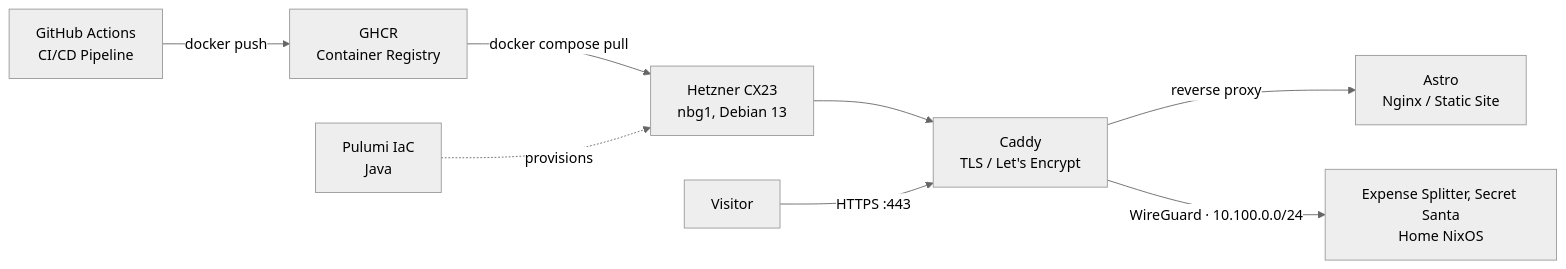
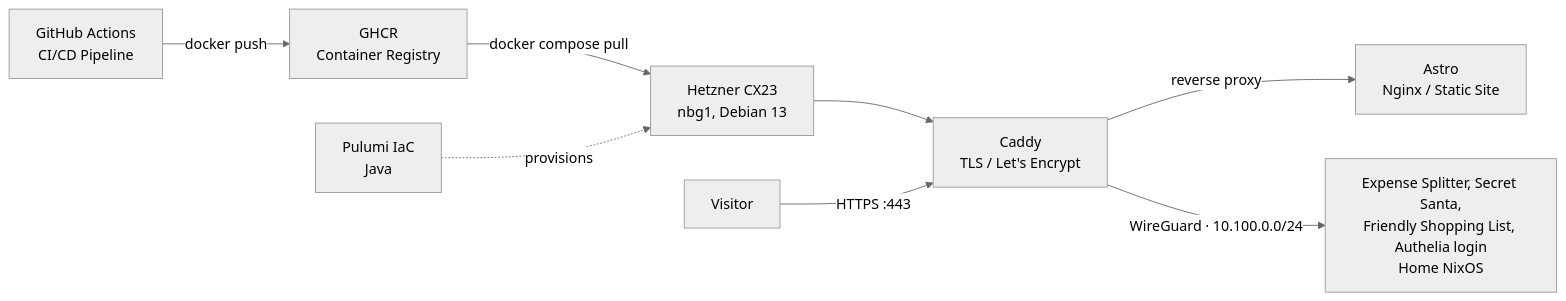
One commit to trettstadt/trettstadt-website changed the diagram in README.md. Above: the diagram before and after it, drawn with Mermaid (neutral theme). The commit also changed other lines of this file and 2 other files, not shown here.

First line of the commit message:
Add Friendly Shopping List and the Authelia login to the IPv4 gateway

````diff
--- a/README.md
+++ b/README.md
@@ -7,10 +7,10 @@
 ```mermaid
 flowchart LR
     gh[GitHub Actions\nCI/CD Pipeline] -->|docker push| ghcr[GHCR\nContainer Registry]
     ghcr -->|docker compose pull| hetzner[Hetzner CX23\nnbg1, Debian 13]
     pulumi[Pulumi IaC\nJava] -.->|provisions| hetzner
     hetzner --> caddy[Caddy\nTLS / Let's Encrypt]
     caddy -->|reverse proxy| astro[Astro\nNginx / Static Site]
-    caddy -->|WireGuard · 10.100.0.0/24| home[Expense Splitter, Secret Santa\nHome NixOS]
+    caddy -->|WireGuard · 10.100.0.0/24| home[Expense Splitter, Secret Santa,\nFriendly Shopping List, Authelia login\nHome NixOS]
     user[Visitor] -->|HTTPS :443| caddy
 ```
````
